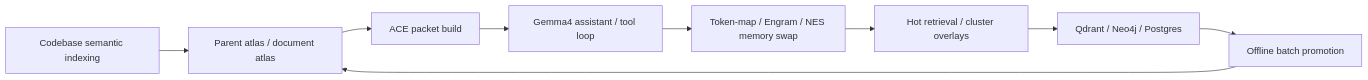
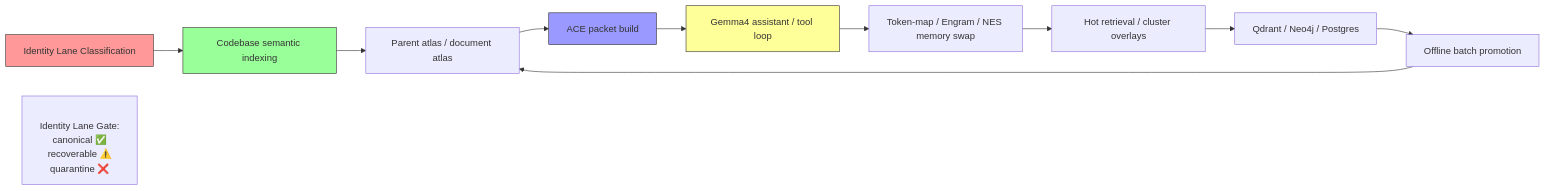
The diagram in docs/architecture/unified-ace-engram-pipeline.md (semaj90/deeds_web_app), drawn with Mermaid before and after one commit. The commit also changed other lines of this file and 71 other files, not shown here.

````diff
--- a/docs/architecture/unified-ace-engram-pipeline.md
+++ b/docs/architecture/unified-ace-engram-pipeline.md
@@ -19,11 +19,19 @@
 ```mermaid
 flowchart LR
+  Z["Identity Lane Classification"] --> A
   A["Codebase semantic indexing"] --> B["Parent atlas / document atlas"]
   B --> C["ACE packet build"]
   C --> D["Gemma4 assistant / tool loop"]
   D --> E["Token-map / Engram / NES memory swap"]
   E --> F["Hot retrieval / cluster overlays"]
   F --> G["Qdrant / Neo4j / Postgres"]
   G --> H["Offline batch promotion"]
   H --> B
+  
+  Z_text["<br/>Identity Lane Gate:<br/>canonical ✅<br/>recoverable ⚠️<br/>quarantine ❌"]
+  
+  style Z fill:#f99,stroke:#333
+  style A fill:#9f9,stroke:#333
+  style C fill:#99f,stroke:#333
+  style D fill:#ff9,stroke:#333
 ```
````
